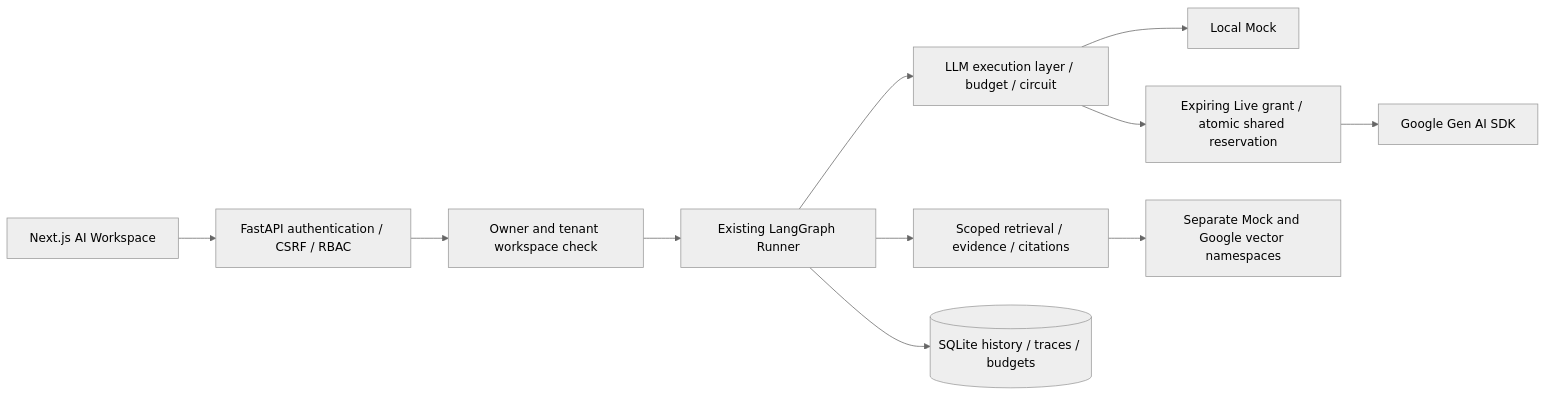
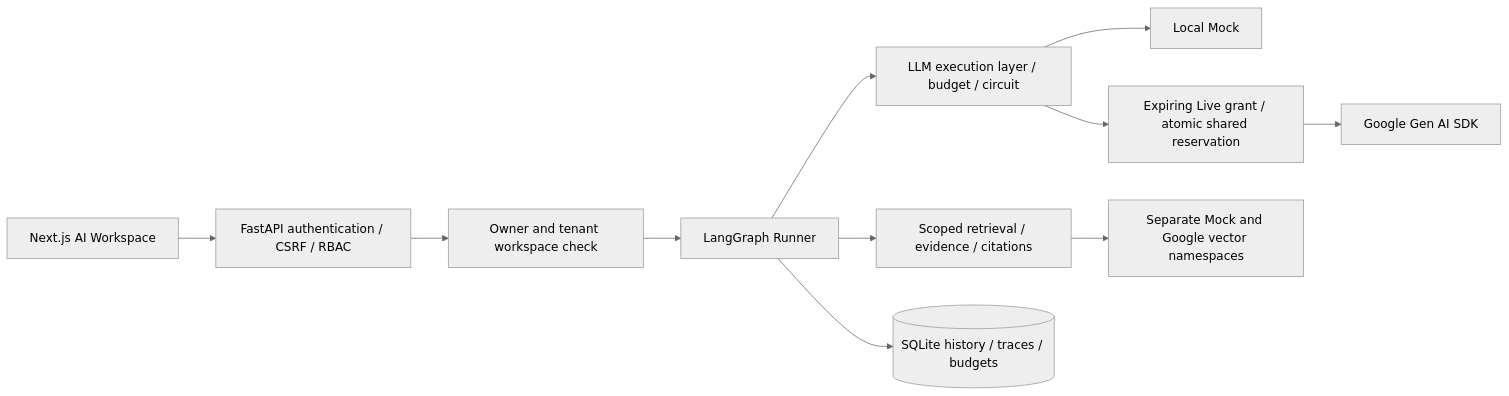
The second of 2 diagrams in README.md (zamusikmain/AgentOps-AI), drawn with Mermaid (neutral theme) before and after one commit. The commit also changed other lines of this file, not shown here.

````diff
--- a/README.md
+++ b/README.md
@@ -19,13 +325,13 @@
 ```mermaid
 flowchart LR
  UI[Next.js AI Workspace] --> Auth[FastAPI authentication / CSRF / RBAC]
  Auth --> WS[Owner and tenant workspace check]
- WS --> Graph[Existing LangGraph Runner]
+ WS --> Graph[LangGraph Runner]
  Graph --> RAG[Scoped retrieval / evidence / citations]
  Graph --> LLM[LLM execution layer / budget / circuit]
  LLM --> Mock[Local Mock]
  LLM --> Grant[Expiring Live grant / atomic shared reservation]
  Grant --> Gemini[Google Gen AI SDK]
  RAG --> Index[Separate Mock and Google vector namespaces]
  Graph --> DB[(SQLite history / traces / budgets)]
 ```
````
